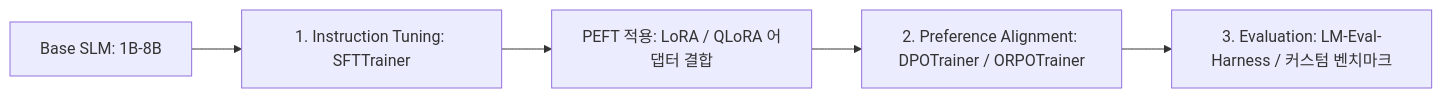
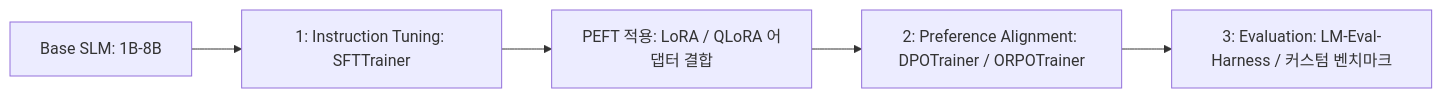
One commit to yoosungung/wiki changed the diagram in wiki/Models/Small-Models/HuggingFace-Smol-Course.md. Above: the diagram before and after it, drawn with Mermaid. The commit also changed 3 other files, not shown here.

First line of the commit message:
fix(wiki): replace Mermaid label N. with N: to avoid list parse

````diff
--- a/wiki/Models/Small-Models/HuggingFace-Smol-Course.md
+++ b/wiki/Models/Small-Models/HuggingFace-Smol-Course.md
@@ -17,7 +17,7 @@
 ```mermaid
 flowchart LR
-    Base[Base SLM: 1B-8B] --> SFT["1. Instruction Tuning: SFTTrainer"]
+    Base[Base SLM: 1B-8B] --> SFT["1: Instruction Tuning: SFTTrainer"]
     SFT --> PEFT[PEFT 적용: LoRA / QLoRA 어댑터 결합]
-    PEFT --> Preference["2. Preference Alignment: DPOTrainer / ORPOTrainer"]
-    Preference --> Eval["3. Evaluation: LM-Eval-Harness / 커스텀 벤치마크"]
+    PEFT --> Preference["2: Preference Alignment: DPOTrainer / ORPOTrainer"]
+    Preference --> Eval["3: Evaluation: LM-Eval-Harness / 커스텀 벤치마크"]
 ```
````
